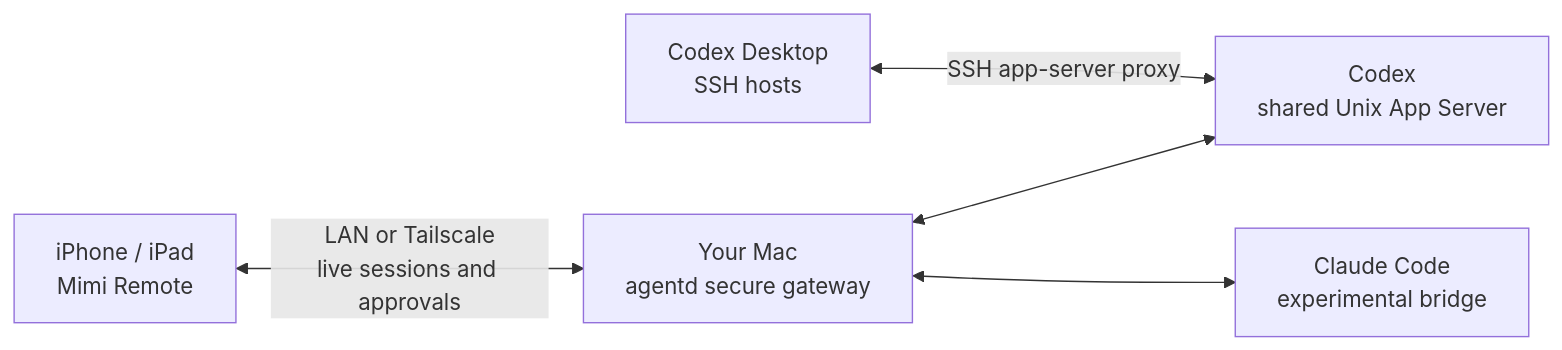
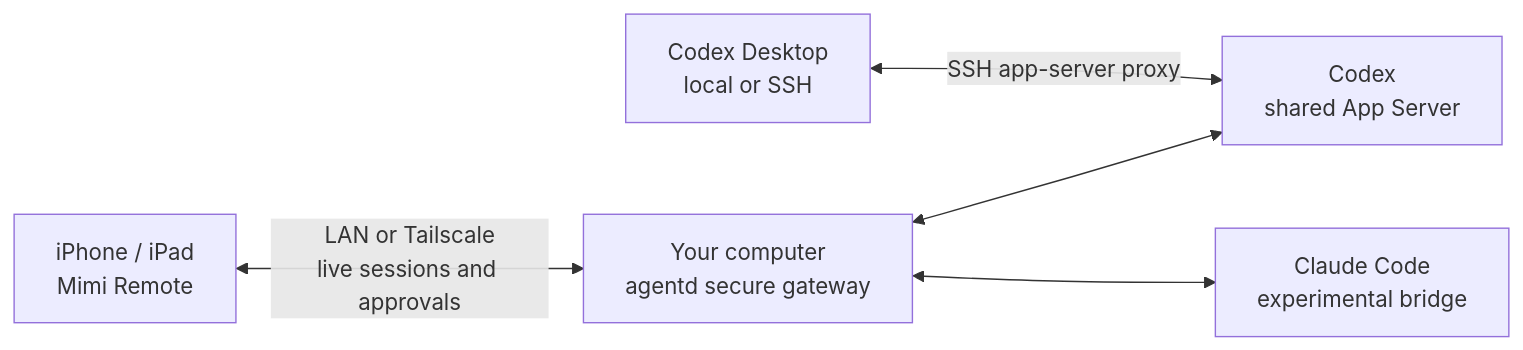
The diagram in README.md (gaixianggeng/mimi-remote), drawn with Mermaid before and after one commit. The commit also changed other lines of this file and 2 other files, not shown here.

Commit message:
MIM-227 document Windows agentd support

````diff
--- a/README.md
+++ b/README.md
@@ -135,13 +135,13 @@
 ```mermaid
 flowchart LR
     Mobile["iPhone / iPad<br/>Mimi Remote"]
-    Gateway["Your Mac<br/>agentd secure gateway"]
-    Codex["Codex<br/>shared Unix App Server"]
-    Desktop["Codex Desktop<br/>SSH hosts"]
+    Gateway["Your computer<br/>agentd secure gateway"]
+    Codex["Codex<br/>shared App Server"]
+    Desktop["Codex Desktop<br/>local or SSH"]
     Claude["Claude Code<br/>experimental bridge"]
 
     Mobile <-->|"LAN or Tailscale<br/>live sessions and approvals"| Gateway
     Gateway <--> Codex
     Desktop <-->|"SSH app-server proxy"| Codex
     Gateway <--> Claude
 ```
````
